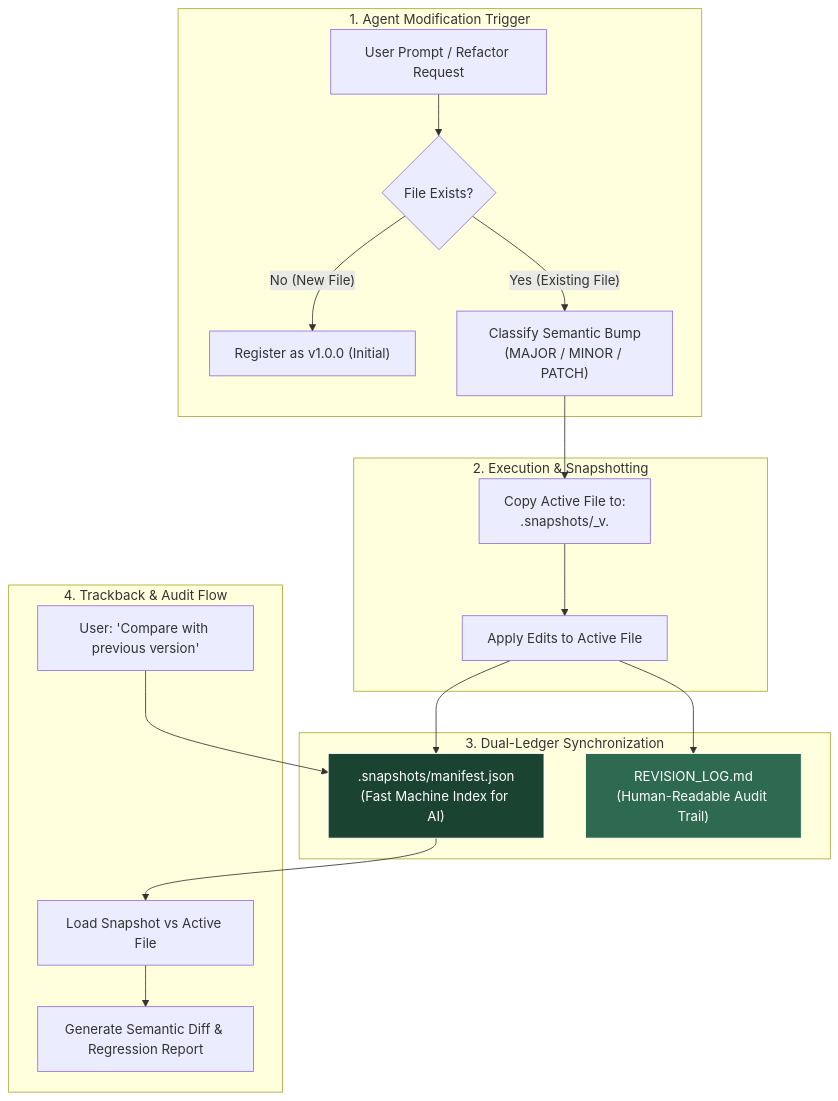
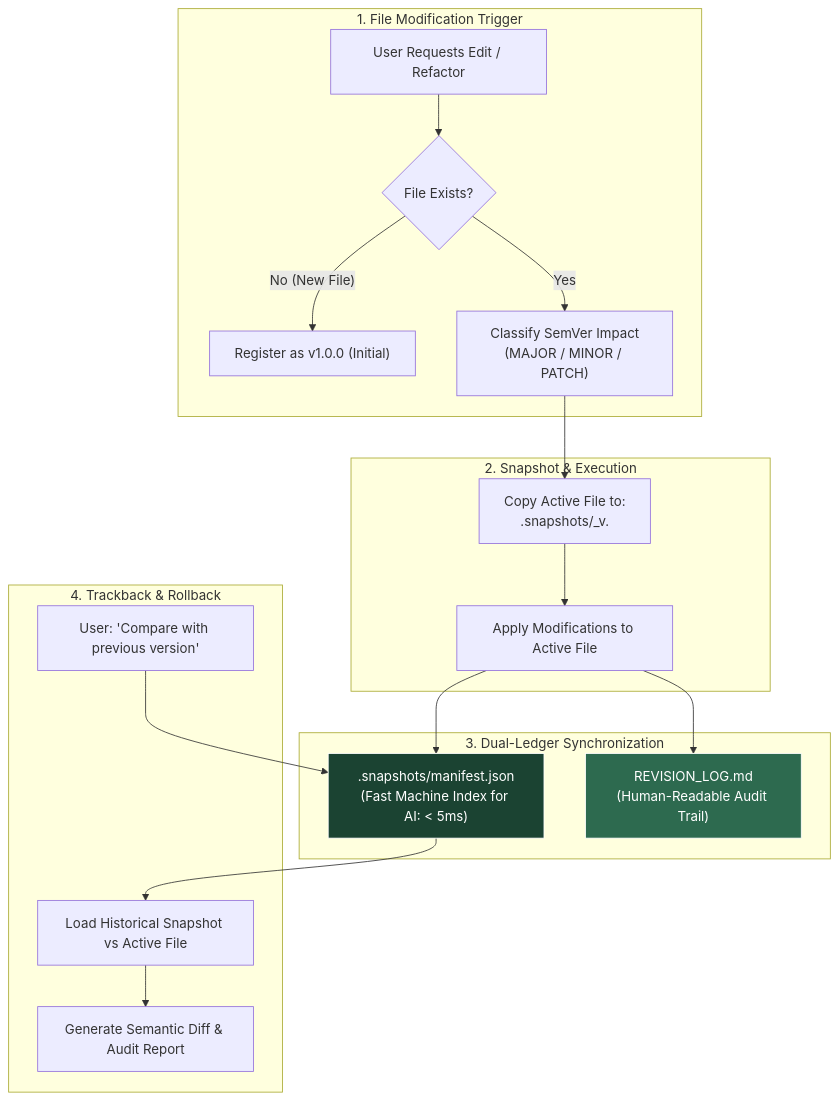
The diagram in README.md (ainullm/agent-checkpoint), drawn with Mermaid before and after one commit. The commit also changed other lines of this file and 1 other file, not shown here.

````diff
--- a/README.md
+++ b/README.md
@@ -42,27 +60,27 @@
 ```mermaid
 flowchart TD
-    subgraph Trigger ["1. Agent Modification Trigger"]
-        A["User Prompt / Refactor Request"] --> B{"File Exists?"}
+    subgraph Trigger ["1. File Modification Trigger"]
+        A["User Requests Edit / Refactor"] --> B{"File Exists?"}
         B -->|"No (New File)"| C["Register as v1.0.0 (Initial)"]
-        B -->|"Yes (Existing File)"| D["Classify Semantic Bump\n(MAJOR / MINOR / PATCH)"]
+        B -->|"Yes"| D["Classify SemVer Impact\n(MAJOR / MINOR / PATCH)"]
     end
 
-    subgraph CoreEngine ["2. Execution & Snapshotting"]
-        D --> E["Copy Active File to:\n.snapshots/<name>_v<OLD_VERSION>.<ext>"]
-        E --> F["Apply Edits to Active File"]
+    subgraph CoreEngine ["2. Snapshot & Execution"]
+        D --> E["Copy Active File to:\n.snapshots/<filename>_v<OLD_VERSION>.<ext>"]
+        E --> F["Apply Modifications to Active File"]
     end
 
     subgraph DualLedger ["3. Dual-Ledger Synchronization"]
-        F --> G[".snapshots/manifest.json\n(Fast Machine Index for AI)"]
+        F --> G[".snapshots/manifest.json\n(Fast Machine Index for AI: < 5ms)"]
         F --> H["REVISION_LOG.md\n(Human-Readable Audit Trail)"]
     end
 
-    subgraph Retrieval ["4. Trackback & Audit Flow"]
+    subgraph Retrieval ["4. Trackback & Rollback"]
         I["User: 'Compare with previous version'"] --> G
-        G --> J["Load Snapshot vs Active File"]
-        J --> K["Generate Semantic Diff & Regression Report"]
+        G --> J["Load Historical Snapshot vs Active File"]
+        J --> K["Generate Semantic Diff & Audit Report"]
     end
 
     style G fill:#1b4332,color:#fff,stroke:#fff
     style H fill:#2d6a4f,color:#fff,stroke:#fff
 ```
````
